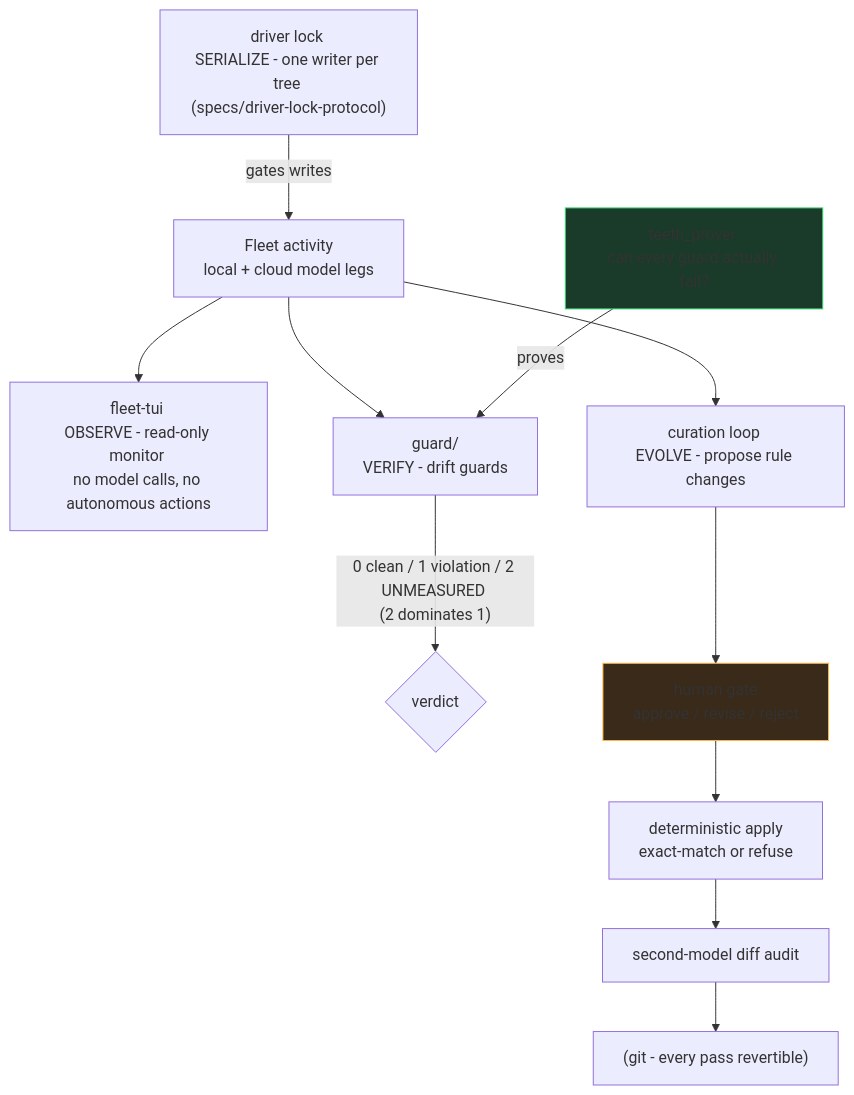
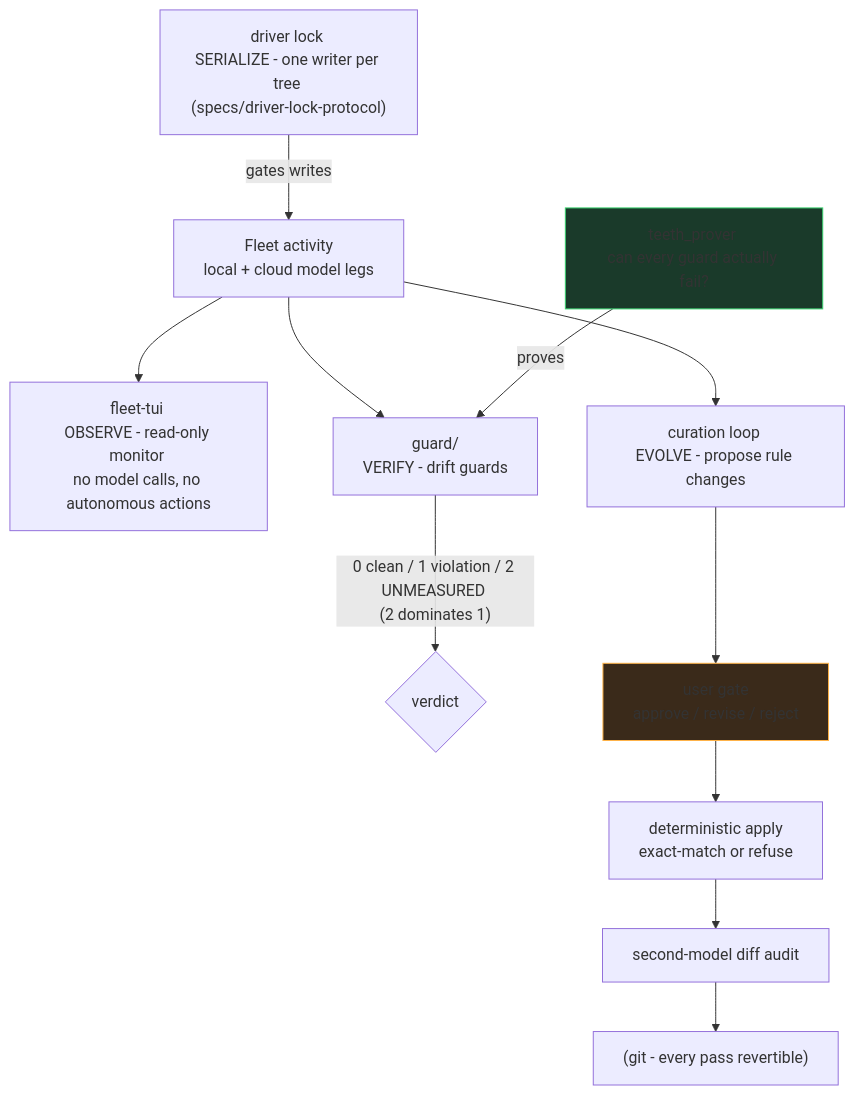
The first of 4 diagrams in README.md (sherifican/Agent-FleetOps), drawn with Mermaid before and after one commit. The commit also changed other lines of this file and 2 other files, not shown here.

Commit message:
docs(banner+README): refresh skills count (24->28) and switch operator-facing 'human' to 'user' (banner 'user-gated' + README process language); re-rendered banner.png

````diff
--- a/README.md
+++ b/README.md
@@ -22,13 +22,13 @@
 ```mermaid
 flowchart TD
     W["Fleet activity <br/>local + cloud model legs"] --> T["fleet-tui <br/>OBSERVE - read-only monitor <br/>no model calls, no autonomous actions"]
     L["driver lock <br/>SERIALIZE - one writer per tree <br/>(specs/driver-lock-protocol)"] -->|gates writes| W
     W --> G["guard/ <br/>VERIFY - drift guards"]
     TP["teeth_prover <br/>can every guard actually fail?"] -->|proves| G
     G -->|"0 clean / 1 violation / 2 UNMEASURED <br/>(2 dominates 1)"| V{verdict}
     W --> C["curation loop <br/>EVOLVE - propose rule changes"]
-    C --> H["human gate <br/>approve / revise / reject"]
+    C --> H["user gate <br/>approve / revise / reject"]
     H --> A["deterministic apply <br/>exact-match or refuse"] --> D["second-model diff audit"] --> R["(git - every pass revertible)"]
     style TP fill:#1a3a2a,stroke:#39d36f
     style H fill:#3a2a1a,stroke:#ffb347
 ```
````
